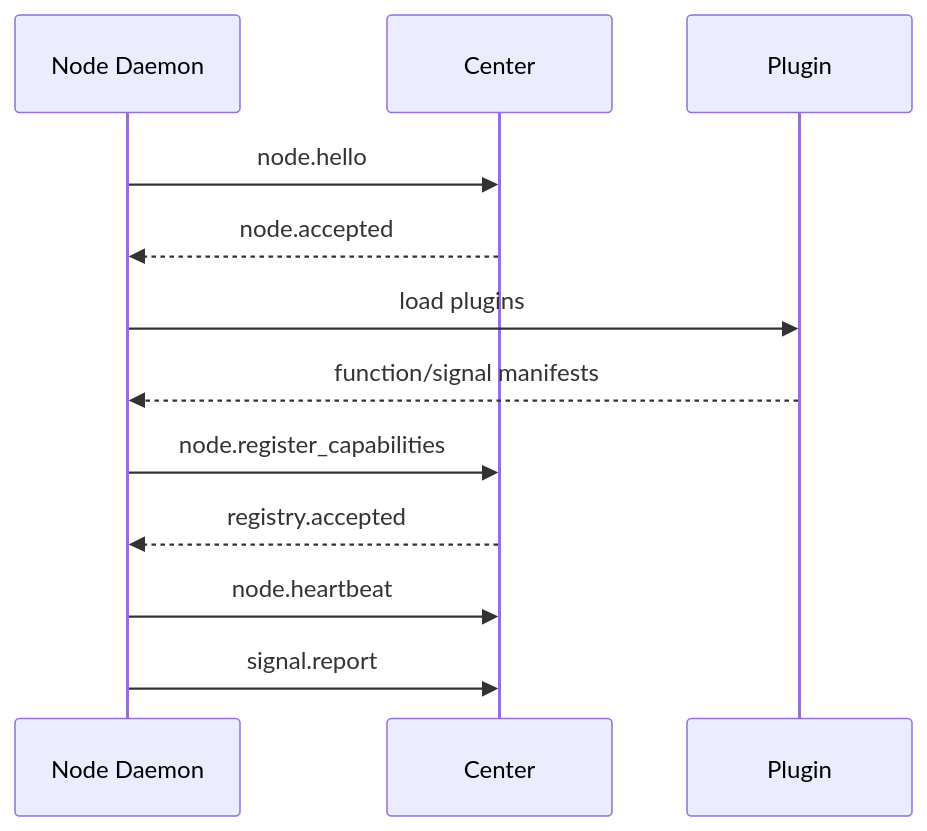
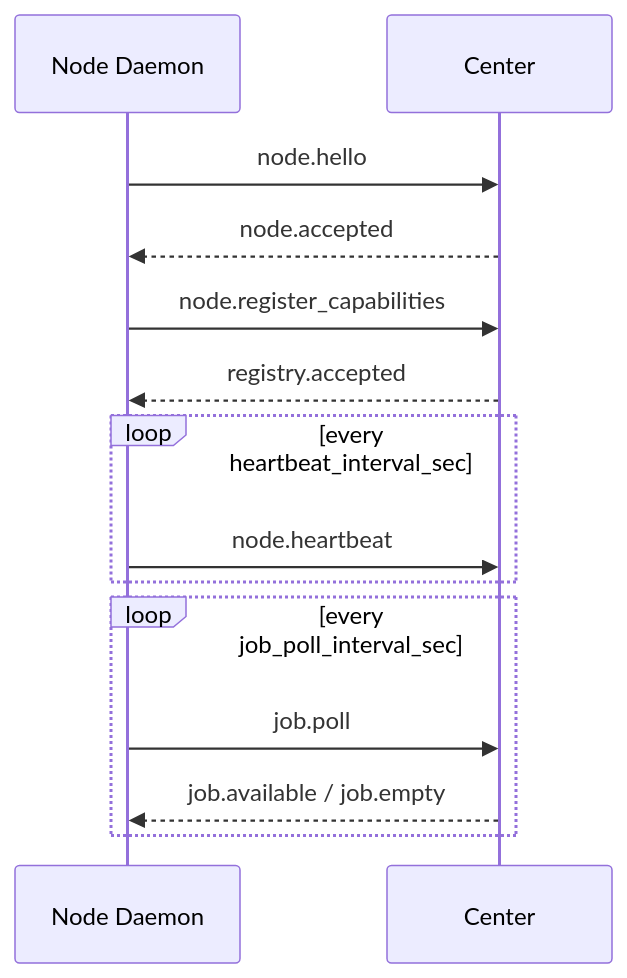
One commit to yequdesu/YQ-center changed the diagram in YQP-Node-Protocol.md. Above: the diagram before and after it, drawn with Mermaid. The commit also changed other lines of this file and 17 other files, not shown here.

````diff
--- a/YQP-Node-Protocol.md
+++ b/YQP-Node-Protocol.md
@@ -83,15 +101,17 @@
 ```mermaid
 sequenceDiagram
     participant D as Node Daemon
     participant C as Center
-    participant P as Plugin
 
     D->>C: node.hello
     C-->>D: node.accepted
-    D->>P: load plugins
-    P-->>D: function/signal manifests
     D->>C: node.register_capabilities
     C-->>D: registry.accepted
-    D->>C: node.heartbeat
-    D->>C: signal.report
+    loop every heartbeat_interval_sec
+        D->>C: node.heartbeat
+    end
+    loop every job_poll_interval_sec
+        D->>C: job.poll
+        C-->>D: job.available / job.empty
+    end
 ```
````
